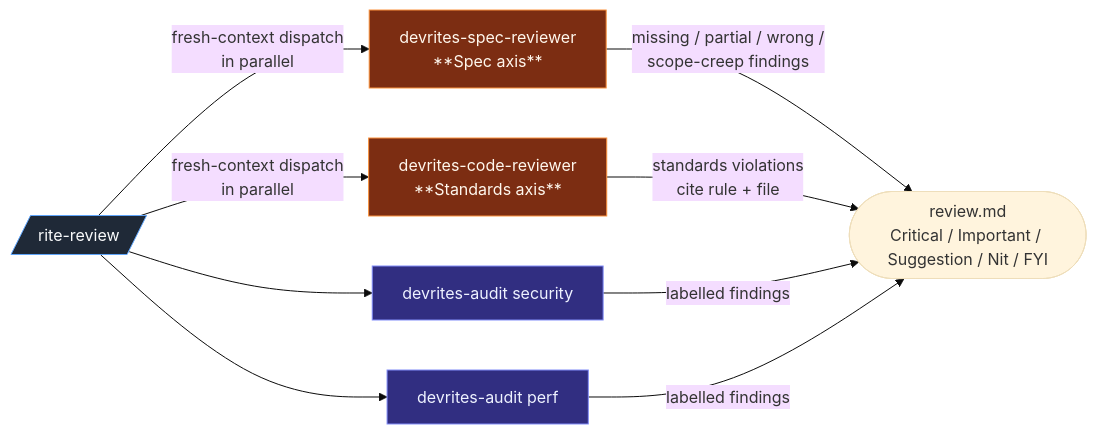
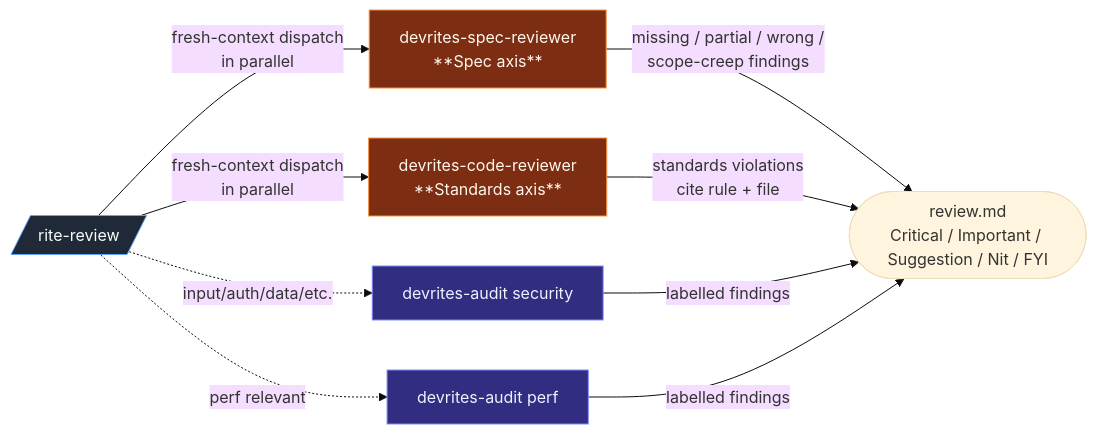
One commit to ViktorsBaikers/DevRites changed the third of 9 diagrams in docs/flow.md. Above: the diagram before and after it, drawn with Mermaid (base theme). The commit also changed other lines of this file and 978 other files, not shown here.

````diff
--- a/docs/flow.md
+++ b/docs/flow.md
@@ -104,19 +130,19 @@
 ```mermaid
 flowchart LR
     R[/rite-review/] -->|fresh-context dispatch<br/>in parallel| S[devrites-spec-reviewer<br/>**Spec axis**]
     R -->|fresh-context dispatch<br/>in parallel| C[devrites-code-reviewer<br/>**Standards axis**]
     S -->|missing / partial / wrong /<br/>scope-creep findings| Combine
     C -->|standards violations<br/>cite rule + file| Combine
-    R --> Sec[devrites-audit security]
-    R --> Perf[devrites-audit perf]
+    R -.->|input/auth/data/etc.| Sec[devrites-audit security]
+    R -.->|perf relevant| Perf[devrites-audit perf]
     Sec -->|labelled findings| Combine
     Perf -->|labelled findings| Combine
     Combine([review.md<br/>Critical / Important / Suggestion / Nit / FYI])
 
     classDef phase fill:#1f2937,stroke:#60a5fa,color:#f9fafb
     classDef agent fill:#7c2d12,stroke:#fb923c,color:#fff7ed
     classDef skill fill:#312e81,stroke:#818cf8,color:#eef2ff
     class R phase
     class S,C agent
     class Sec,Perf skill
 ```
````
